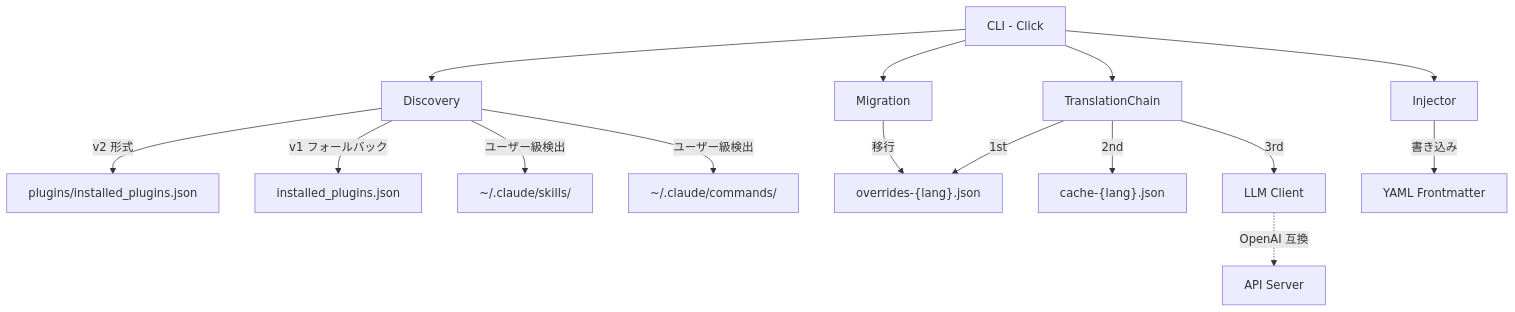
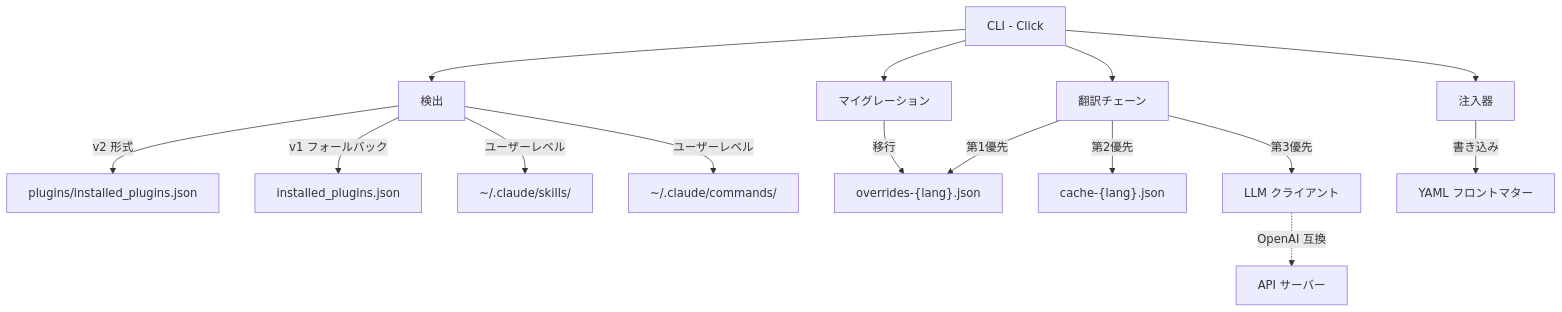
The second of 2 diagrams in README.ja.md (debug-zhuweijian/claude-translator), drawn with Mermaid before and after one commit. The commit also changed other lines of this file and 3 other files, not shown here.

````diff
--- a/README.ja.md
+++ b/README.ja.md
@@ -232,21 +384,21 @@
 ```mermaid
 graph TB
-    CLI[CLI - Click] --> DISC[Discovery]
-    CLI --> TRANS[TranslationChain]
-    CLI --> INJ[Injector]
-    CLI --> MIGR[Migration]
+    CLI[CLI - Click] --> DISC[検出]
+    CLI --> TRANS[翻訳チェーン]
+    CLI --> INJ[注入器]
+    CLI --> MIGR[マイグレーション]
 
     DISC --> |v2 形式| V2["plugins/installed_plugins.json"]
     DISC --> |v1 フォールバック| V1["installed_plugins.json"]
-    DISC --> |ユーザー級検出| USER["~/.claude/skills/"]
-    DISC --> |ユーザー級検出| USERC["~/.claude/commands/"]
+    DISC --> |ユーザーレベル| USER["~/.claude/skills/"]
+    DISC --> |ユーザーレベル| USERC["~/.claude/commands/"]
 
-    TRANS --> |1st| OV["overrides-{lang}.json"]
-    TRANS --> |2nd| CACHE["cache-{lang}.json"]
-    TRANS --> |3rd| LLM[LLM Client]
+    TRANS --> |第1優先| OV["overrides-{lang}.json"]
+    TRANS --> |第2優先| CACHE["cache-{lang}.json"]
+    TRANS --> |第3優先| LLM[LLM クライアント]
 
-    INJ --> |書き込み| FM[YAML Frontmatter]
+    INJ --> |書き込み| FM[YAML フロントマター]
     MIGR --> |移行| OV
 
-    LLM -.-> |OpenAI 互換| API[API Server]
+    LLM -.-> |OpenAI 互換| API[API サーバー]
 ```
````
